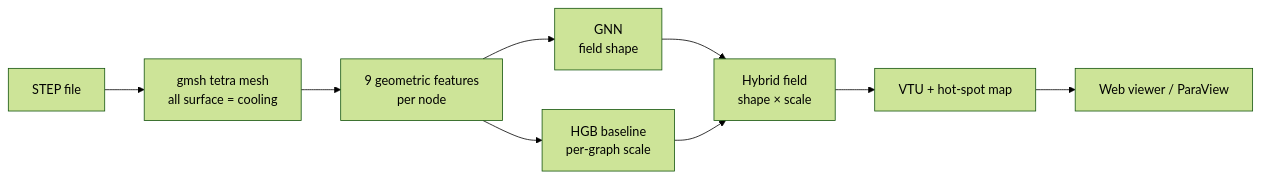
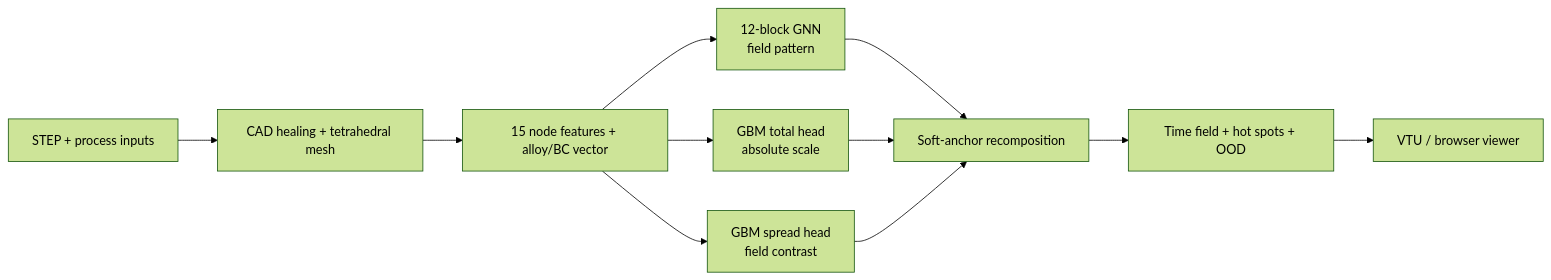
The diagram in README.md (eugenmik/castsolid-gnn), drawn with Mermaid (forest theme) before and after one commit. The commit also changed other lines of this file and 77 other files, not shown here.

````diff
--- a/README.md
+++ b/README.md
@@ -38,11 +53,13 @@
 ```mermaid
 flowchart LR
-  A[STEP file] --> B[gmsh tetra mesh<br/>all surface = cooling]
-  B --> C[9 geometric features<br/>per node]
-  C --> D1[GNN<br/>field shape]
-  C --> D2[HGB baseline<br/>per-graph scale]
-  D1 --> E["Hybrid field<br/>shape × scale"]
+  A[STEP + process inputs] --> B[CAD healing + tetrahedral mesh]
+  B --> C[15 node features + alloy/BC vector]
+  C --> D1[12-block GNN<br/>field pattern]
+  C --> D2[GBM total head<br/>absolute scale]
+  C --> D3[GBM spread head<br/>field contrast]
+  D1 --> E[Soft-anchor recomposition]
   D2 --> E
-  E --> F[VTU + hot-spot map]
-  F --> G[Web viewer / ParaView]
+  D3 --> E
+  E --> F[Time field + hot spots + OOD]
+  F --> G[VTU / browser viewer]
 ```
````
